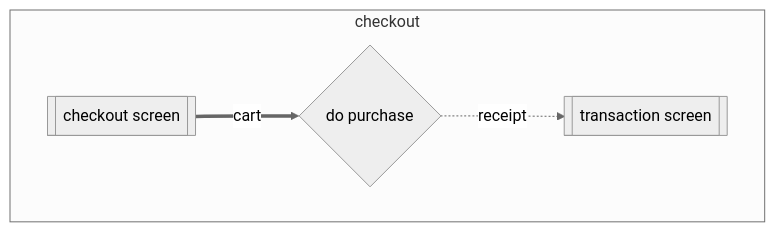
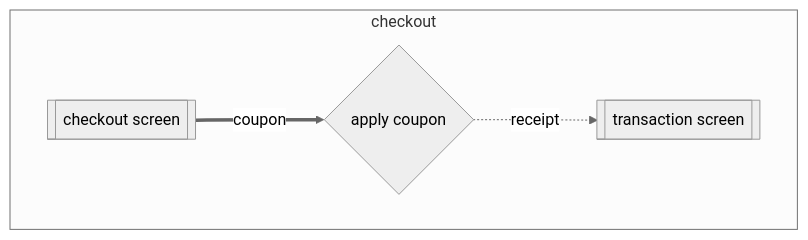
One commit to NarekVeranyan05/point_of_sale changed the third of 3 diagrams in flows.md. Above: the diagram before and after it, drawn with Mermaid (neutral theme). The commit also changed other lines of this file and 27 other files, not shown here.

````diff
--- a/flows.md
+++ b/flows.md
@@ -57,12 +62,12 @@
 ```mermaid
-flowchart TD
+flowchart TB
 subgraph checkout
     checkout_screen[[checkout screen]]
-    do_purchase{do purchase}
+    apply_coupon{apply coupon}
     transaction_screen[[transaction screen]]
 
-    checkout_screen == cart ==> do_purchase
-
-    do_purchase -. receipt .-> transaction_screen
+    checkout_screen == coupon ==> apply_coupon
+    
+    apply_coupon -. receipt .-> transaction_screen
 end
 ```
````
